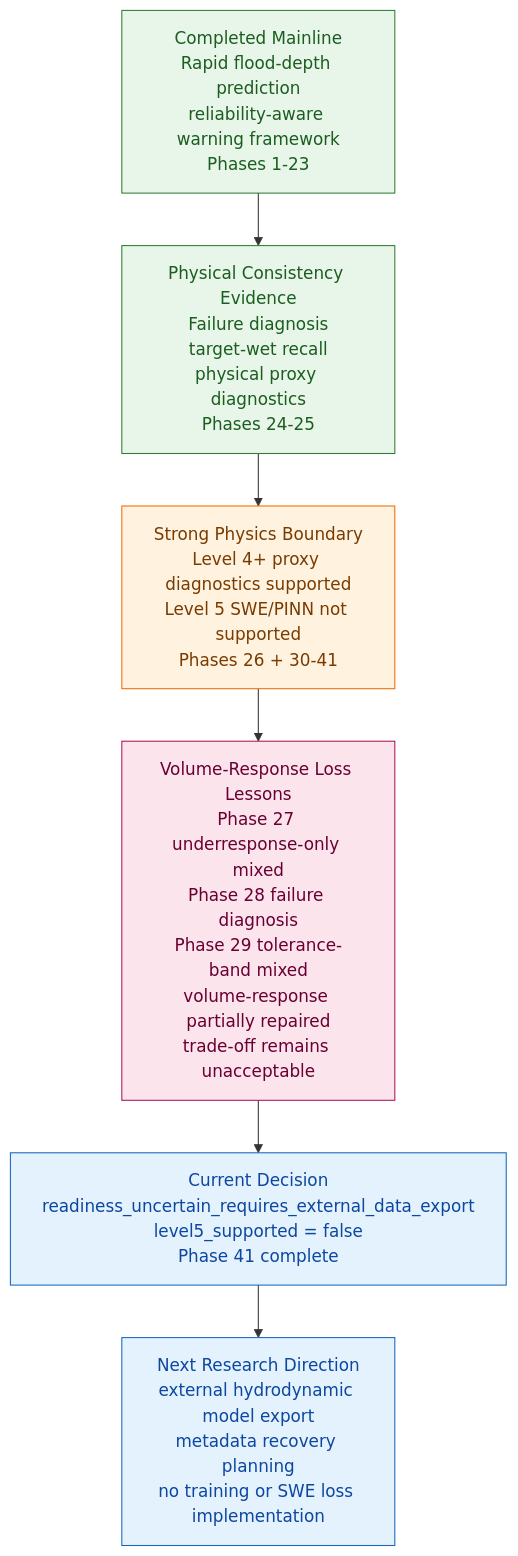
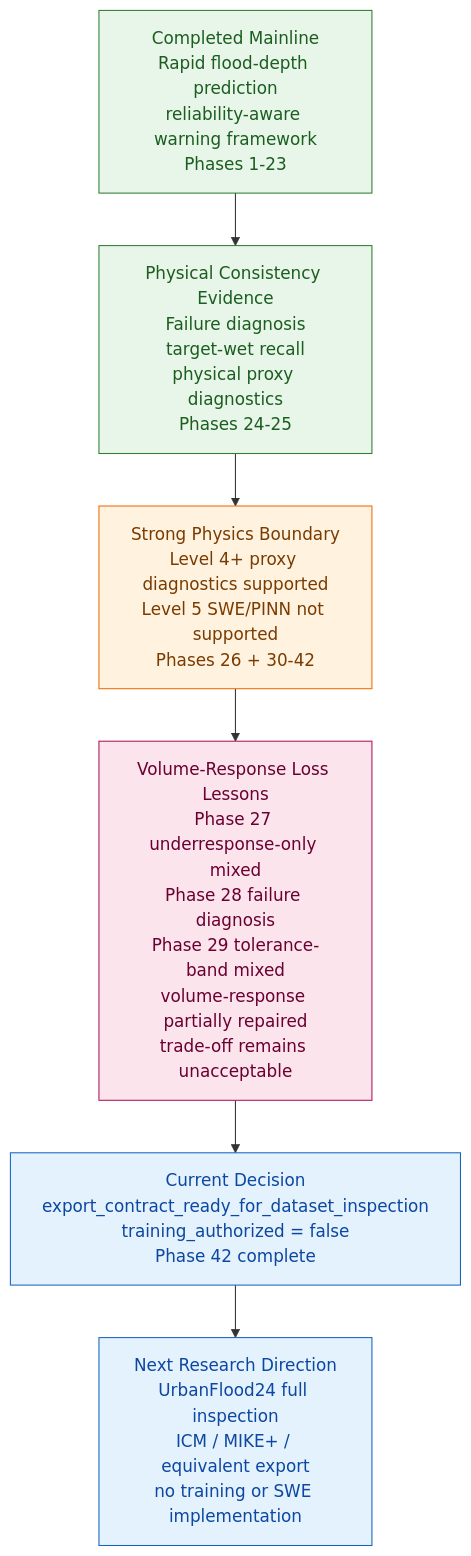
One commit to HolyLin990604/physics-guided-urban-flood-prediction changed the third of 3 diagrams in README.md. Above: the diagram before and after it, drawn with Mermaid. The commit also changed other lines of this file and 2 other files, not shown here.

Commit message:
docs: sync phase42 hydrodynamic export requirement status

````diff
--- a/README.md
+++ b/README.md
@@ -480,16 +482,16 @@
 ```mermaid
 flowchart TD
     A["Completed Mainline<br/>Rapid flood-depth prediction<br/>reliability-aware warning framework<br/>Phases 1-23"]:::completed
     B["Physical Consistency Evidence<br/>Failure diagnosis<br/>target-wet recall<br/>physical proxy diagnostics<br/>Phases 24-25"]:::completed
-    C["Strong Physics Boundary<br/>Level 4+ proxy diagnostics supported<br/>Level 5 SWE/PINN not supported<br/>Phases 26 + 30-41"]:::boundary
+    C["Strong Physics Boundary<br/>Level 4+ proxy diagnostics supported<br/>Level 5 SWE/PINN not supported<br/>Phases 26 + 30-42"]:::boundary
     D["Volume-Response Loss Lessons<br/>Phase 27 underresponse-only mixed<br/>Phase 28 failure diagnosis<br/>Phase 29 tolerance-band mixed<br/>volume-response partially repaired<br/>trade-off remains unacceptable"]:::diagnosis
-    E["Current Decision<br/>readiness_uncertain_requires_external_data_export<br/>level5_supported = false<br/>Phase 41 complete"]:::current
-    F["Next Research Direction<br/>external hydrodynamic model export<br/>metadata recovery planning<br/>no training or SWE loss implementation"]:::current
+    E["Current Decision<br/>export_contract_ready_for_dataset_inspection<br/>training_authorized = false<br/>Phase 42 complete"]:::current
+    F["Next Research Direction<br/>UrbanFlood24 full inspection<br/>ICM / MIKE+ / equivalent export<br/>no training or SWE implementation"]:::current
 
     A --> B --> C --> D --> E --> F
 
     classDef completed fill:#e8f5e9,stroke:#2e7d32,color:#1b5e20
     classDef boundary fill:#fff3e0,stroke:#ef6c00,color:#7a3b00
     classDef diagnosis fill:#fce4ec,stroke:#ad1457,color:#6a0032
     classDef current fill:#e3f2fd,stroke:#1565c0,color:#0d47a1
 ```
````
